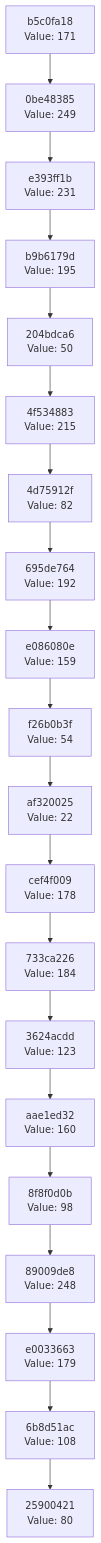
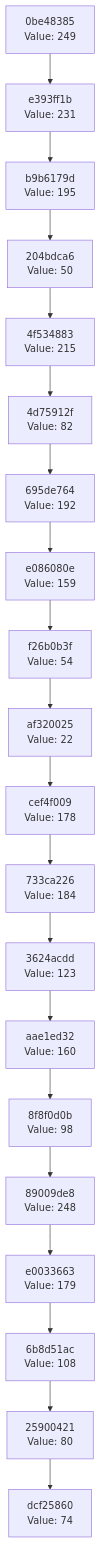
One commit to Abhisheksinha1506/hash-chain-evolver changed the diagram in docs/CHAIN_VISUALIZATION.md. Above: the diagram before and after it, drawn with Mermaid. The commit also changed 3 other files, not shown here.

````diff
--- a/docs/CHAIN_VISUALIZATION.md
+++ b/docs/CHAIN_VISUALIZATION.md
@@ -3,42 +3,42 @@
 ```mermaid
 graph TD
-    C0["25900421<br/>Value: 80"]
-    C1["6b8d51ac<br/>Value: 108"]
+    C0["dcf25860<br/>Value: 74"]
+    C1["25900421<br/>Value: 80"]
     C1 --> C0
-    C2["e0033663<br/>Value: 179"]
+    C2["6b8d51ac<br/>Value: 108"]
     C2 --> C1
-    C3["89009de8<br/>Value: 248"]
+    C3["e0033663<br/>Value: 179"]
     C3 --> C2
-    C4["8f8f0d0b<br/>Value: 98"]
+    C4["89009de8<br/>Value: 248"]
     C4 --> C3
-    C5["aae1ed32<br/>Value: 160"]
+    C5["8f8f0d0b<br/>Value: 98"]
     C5 --> C4
-    C6["3624acdd<br/>Value: 123"]
+    C6["aae1ed32<br/>Value: 160"]
     C6 --> C5
-    C7["733ca226<br/>Value: 184"]
+    C7["3624acdd<br/>Value: 123"]
     C7 --> C6
-    C8["cef4f009<br/>Value: 178"]
+    C8["733ca226<br/>Value: 184"]
     C8 --> C7
-    C9["af320025<br/>Value: 22"]
+    C9["cef4f009<br/>Value: 178"]
     C9 --> C8
-    C10["f26b0b3f<br/>Value: 54"]
+    C10["af320025<br/>Value: 22"]
     C10 --> C9
-    C11["e086080e<br/>Value: 159"]
+    C11["f26b0b3f<br/>Value: 54"]
     C11 --> C10
-    C12["695de764<br/>Value: 192"]
+    C12["e086080e<br/>Value: 159"]
     C12 --> C11
-    C13["4d75912f<br/>Value: 82"]
+    C13["695de764<br/>Value: 192"]
     C13 --> C12
-    C14["4f534883<br/>Value: 215"]
+    C14["4d75912f<br/>Value: 82"]
     C14 --> C13
-    C15["204bdca6<br/>Value: 50"]
+    C15["4f534883<br/>Value: 215"]
     C15 --> C14
-    C16["b9b6179d<br/>Value: 195"]
+    C16["204bdca6<br/>Value: 50"]
     C16 --> C15
-    C17["e393ff1b<br/>Value: 231"]
+    C17["b9b6179d<br/>Value: 195"]
     C17 --> C16
-    C18["0be48385<br/>Value: 249"]
+    C18["e393ff1b<br/>Value: 231"]
     C18 --> C17
-    C19["b5c0fa18<br/>Value: 171"]
+    C19["0be48385<br/>Value: 249"]
     C19 --> C18
 ```
````
